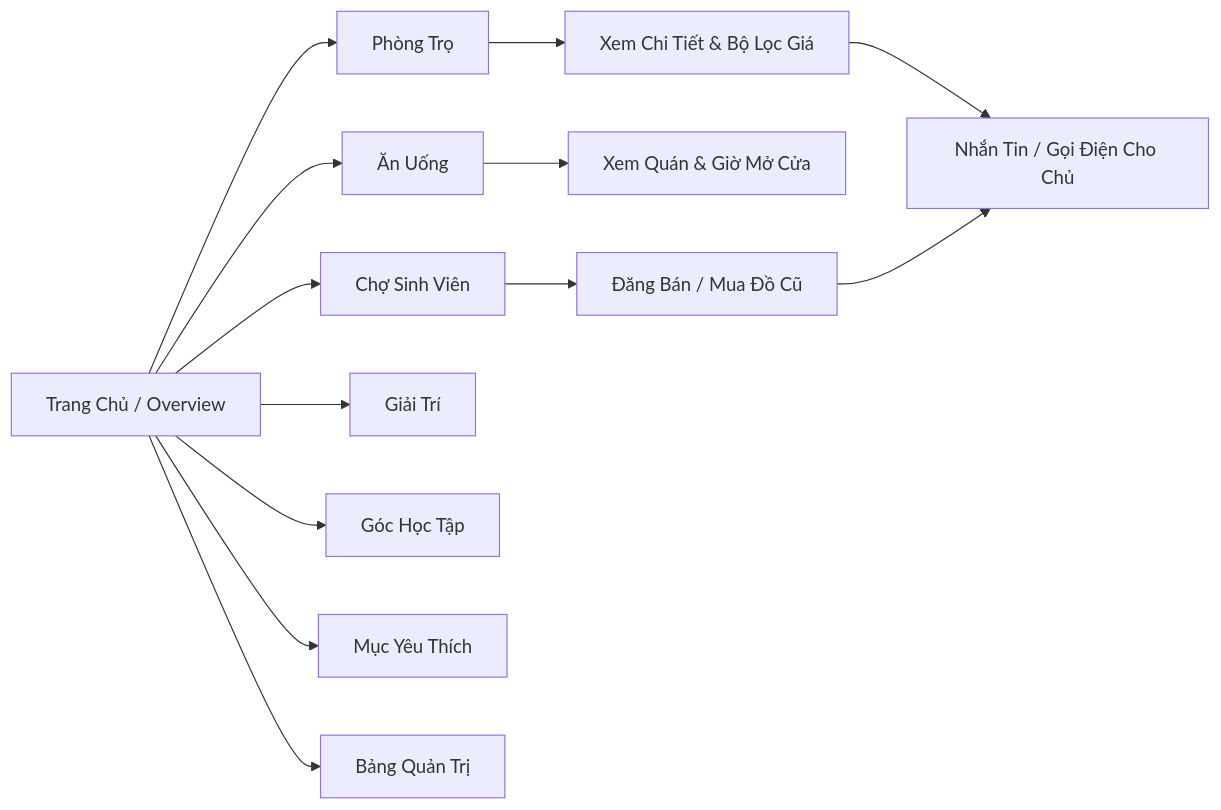
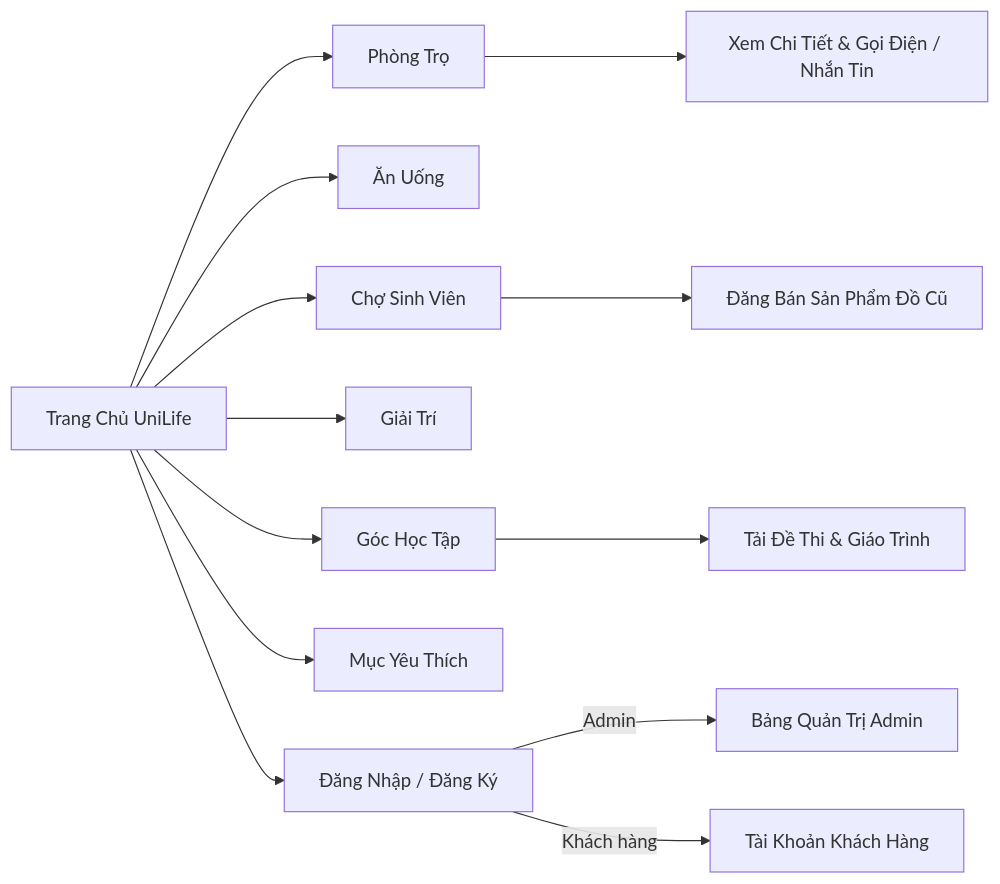
One commit to bin0106/PHANTRIDUC24CT1-CNPM changed the second of 2 diagrams in README.md. Above: the diagram before and after it, drawn with Mermaid. The commit also changed other lines of this file and 5 other files, not shown here.

Commit message:
feat: cap nhat he thong dang nhap/dang ky khach hang, hinh anh thuc te, xoa chu thich demo va tich hop gitdiagram

````diff
--- a/README.md
+++ b/README.md
@@ -52,16 +76,17 @@
 ```mermaid
 graph LR
-    A[Trang Chủ / Overview] --> B[Phòng Trọ]
-    A --> C[Ăn Uống]
-    A --> D[Chợ Sinh Viên]
-    A --> E[Giải Trí]
-    A --> F[Góc Học Tập]
-    A --> G[Mục Yêu Thích]
-    A --> H[Bảng Quản Trị]
+    Home[Trang Chủ UniLife] --> Housing[Phòng Trọ]
+    Home --> Food[Ăn Uống]
+    Home --> Market[Chợ Sinh Viên]
+    Home --> Ent[Giải Trí]
+    Home --> Study[Góc Học Tập]
+    Home --> Fav[Mục Yêu Thích]
+    Home --> Auth[Đăng Nhập / Đăng Ký]
+    
+    Auth -->|Admin| Dashboard[Bảng Quản Trị Admin]
+    Auth -->|Khách hàng| Profile[Tài Khoản Khách Hàng]
 
-    B --> B1[Xem Chi Tiết & Bộ Lọc Giá]
-    C --> C1[Xem Quán & Giờ Mở Cửa]
-    D --> D1[Đăng Bán / Mua Đồ Cũ]
-    B1 --> J[Nhắn Tin / Gọi Điện Cho Chủ]
-    D1 --> J
+    Housing --> DetailHousing[Xem Chi Tiết & Gọi Điện / Nhắn Tin]
+    Market --> PostMarket[Đăng Bán Sản Phẩm Đồ Cũ]
+    Study --> DownloadDoc[Tải Đề Thi & Giáo Trình]
 ```
````
